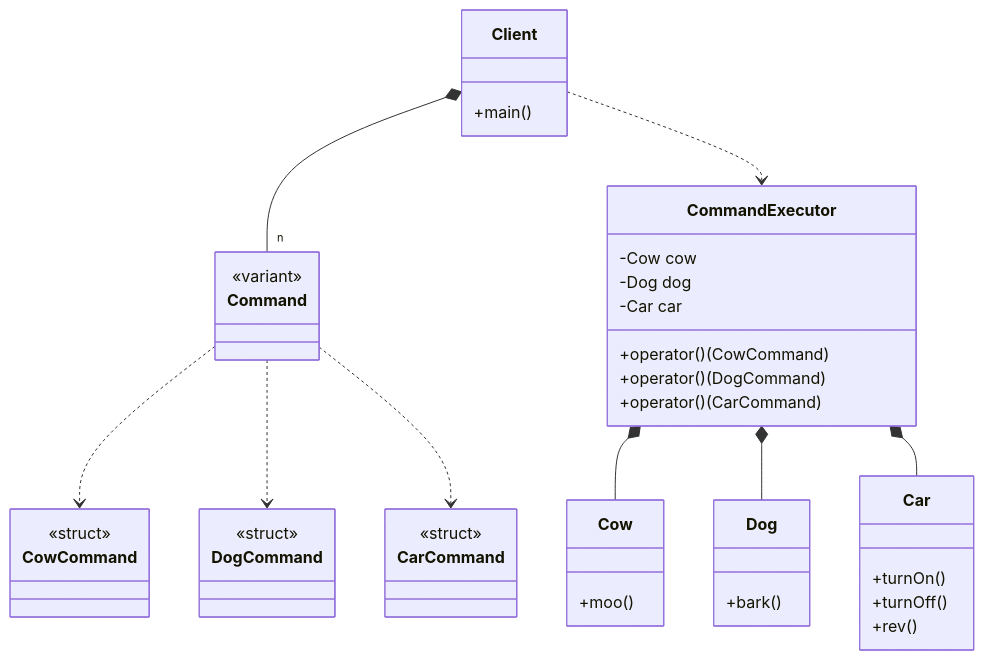
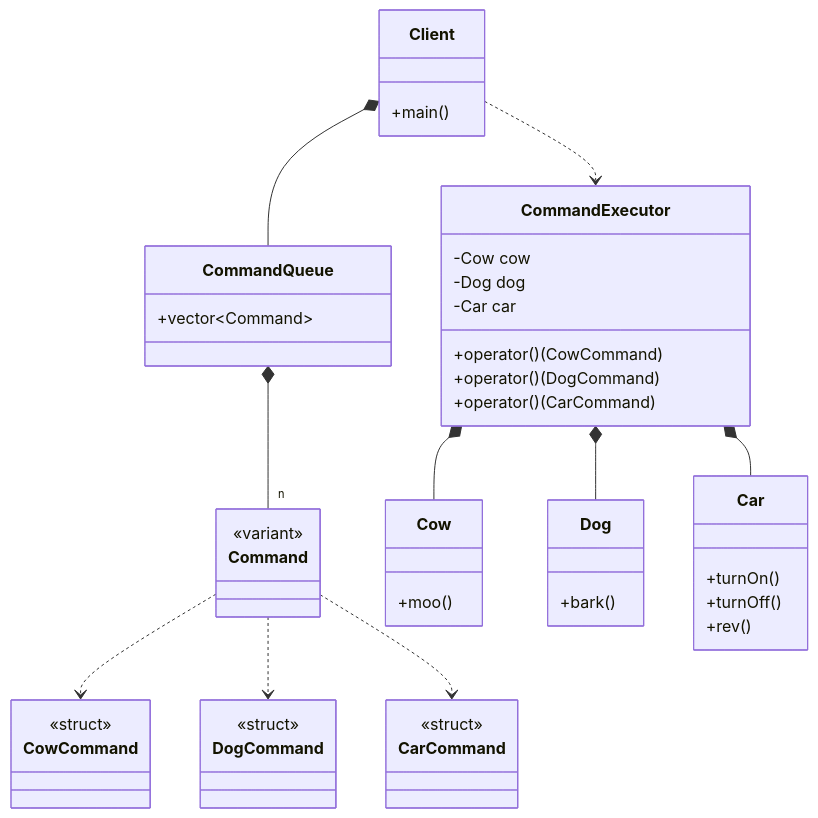
One commit to Cichlidfishexigency721/Modern-CPP-Design-Patterns changed the diagram in 19_Command/02_Modern_Variant/README.md. Above: the diagram before and after it, drawn with Mermaid. The commit also changed 1 other file, not shown here.

Commit message:
UML improvement

````diff
--- a/19_Command/02_Modern_Variant/README.md
+++ b/19_Command/02_Modern_Variant/README.md
@@ -24,56 +24,60 @@
 ```mermaid
 classDiagram
     class CowCommand {
         <<struct>>
     }
     class DogCommand {
         <<struct>>
     }
     class CarCommand {
         <<struct>>
     }
 
     class Command {
         <<variant>>
     }
 
     class Cow {
         +moo()
     }
 
     class Dog {
         +bark()
     }
 
     class Car {
         +turnOn()
         +turnOff()
         +rev()
     }
 
     class CommandExecutor {
         -Cow cow
         -Dog dog
         -Car car
         +operator()(CowCommand)
         +operator()(DogCommand)
         +operator()(CarCommand)
     }
 
+    class CommandQueue {
+       +vector~Command~
+    }
+
     class Client {
         +main()
     }
 
-    %% Relationships using only your defined symbology:
-
+    CommandQueue *-- "n" Command
+    
     Command ..> CowCommand
     Command ..> DogCommand
     Command ..> CarCommand
 
     CommandExecutor *-- Cow
     CommandExecutor *-- Dog
     CommandExecutor *-- Car
 
-    Client *-- "n" Command
+    Client *-- CommandQueue
     Client ..> CommandExecutor
 ```
````
